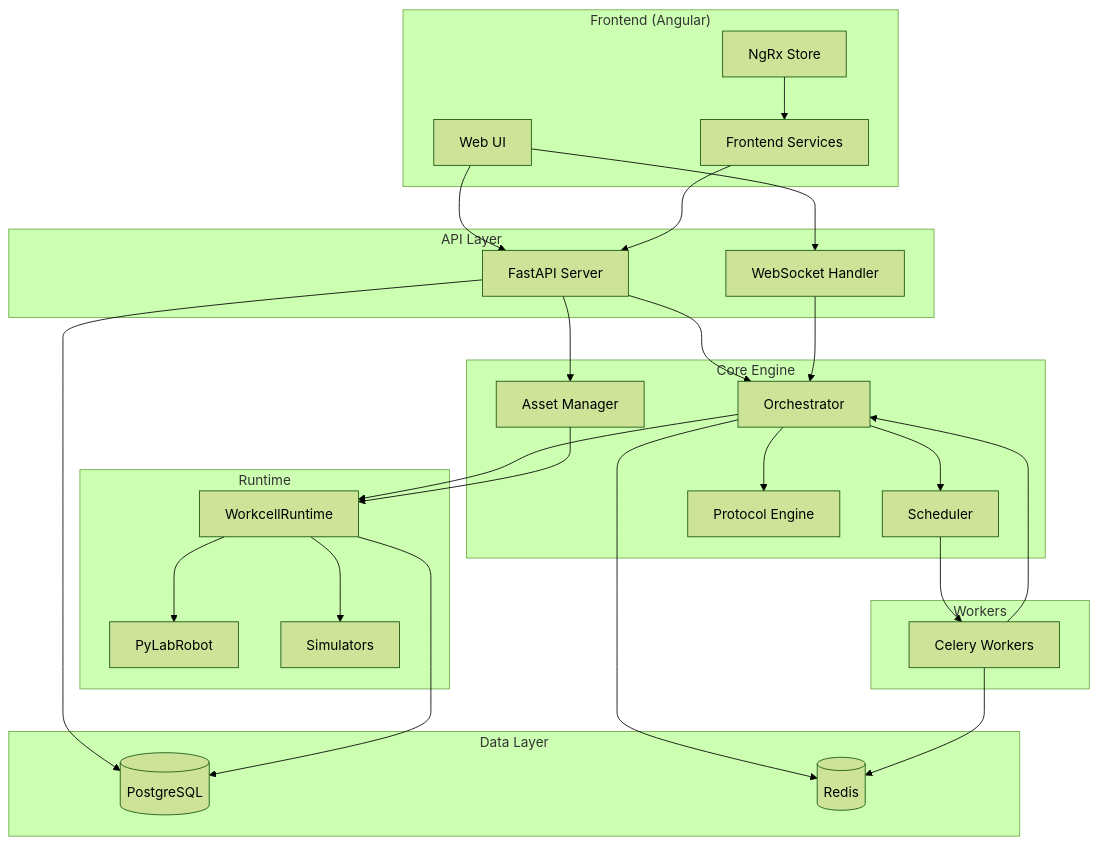
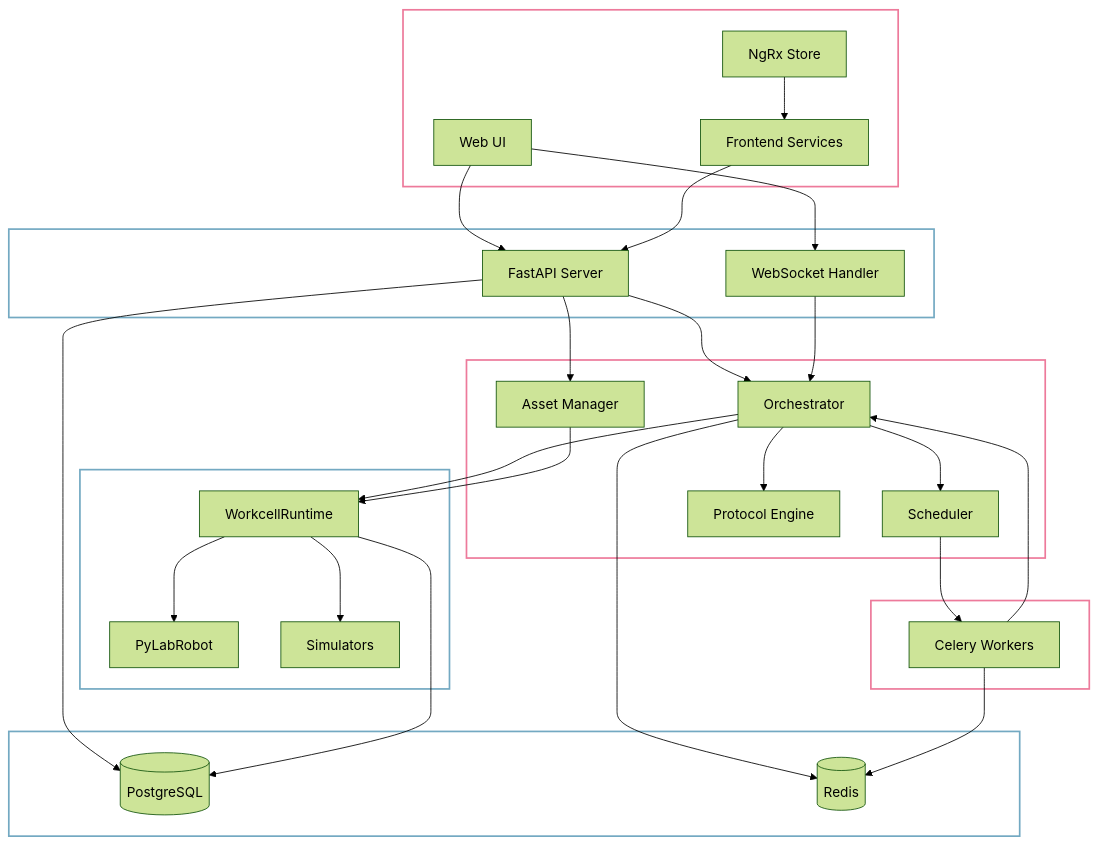
One commit to maraxen/pylabpraxis changed the first of 3 diagrams in praxis/web-client/src/assets/docs/architecture/overview.md. Above: the diagram before and after it, drawn with Mermaid (forest theme). The commit also changed other lines of this file and 99 other files, not shown here.

````diff
--- a/praxis/web-client/src/assets/docs/architecture/overview.md
+++ b/praxis/web-client/src/assets/docs/architecture/overview.md
@@ -7,59 +9,68 @@
 ```mermaid
 graph TD
-    subgraph "Frontend (Angular)"
+    %% Styling for Subgraph Titles
+    classDef sectionTitle font-size:22px,font-weight:bold,fill:none,stroke:none;
+
+    subgraph Frontend ["Frontend (Angular)"]
         UI[Web UI]
         Store[NgRx Store]
         Services[Frontend Services]
     end
+    style Frontend fill:transparent,stroke:#ed7a9b,stroke-width:2px,color:#fff
 
-    subgraph "API Layer"
-        API[FastAPI Server]
+    subgraph API ["API Layer"]
+        Server[FastAPI Server]
         WS[WebSocket Handler]
     end
+    style API fill:transparent,stroke:#73a9c2,stroke-width:2px,color:#fff
 
-    subgraph "Core Engine"
+    subgraph Core ["Core Engine"]
         Orch[Orchestrator]
         Sched[Scheduler]
         Proto[Protocol Engine]
         Asset[Asset Manager]
     end
+    style Core fill:transparent,stroke:#ed7a9b,stroke-width:2px,color:#fff
 
-    subgraph "Runtime"
+    subgraph Runtime ["Runtime"]
         WCR[WorkcellRuntime]
         PLR[PyLabRobot]
         Sim[Simulators]
     end
+    style Runtime fill:transparent,stroke:#73a9c2,stroke-width:2px,color:#fff
 
-    subgraph "Workers"
+    subgraph Workers ["Workers"]
         Celery[Celery Workers]
     end
+    style Workers fill:transparent,stroke:#ed7a9b,stroke-width:2px,color:#fff
 
-    subgraph "Data Layer"
+    subgraph Data ["Data Layer"]
         PG[(PostgreSQL)]
         Redis[(Redis)]
     end
+    style Data fill:transparent,stroke:#73a9c2,stroke-width:2px,color:#fff
 
-    UI --> API
+    UI --> Server
     UI --> WS
     Store --> Services
-    Services --> API
+    Services --> Server
 
-    API --> Orch
-    API --> Asset
+    Server --> Orch
+    Server --> Asset
     WS --> Orch
 
     Orch --> Proto
     Orch --> Sched
     Sched --> Celery
     Celery --> Orch
 
     Orch --> WCR
     Asset --> WCR
     WCR --> PLR
     WCR --> Sim
 
-    API --> PG
+    Server --> PG
     Orch --> Redis
     Celery --> Redis
     WCR --> PG
 ```
````
